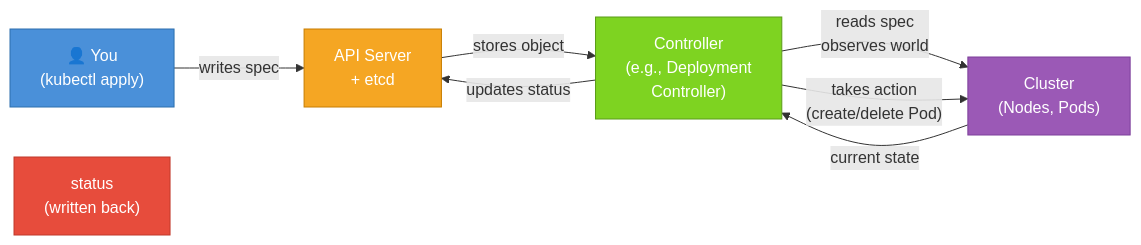
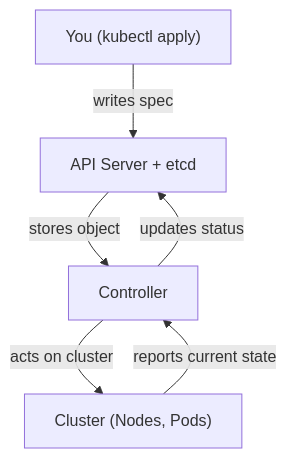
Before and after one commit to Antoine-Flo/kube-mastery: the diagram in src/courses/modules/yaml-and-objects/02-anatomy-of-a-manifest/en/content.md, drawn with Mermaid. The commit also changed other lines of this file and 38 other files, not shown here.

````diff
--- a/src/courses/modules/yaml-and-objects/02-anatomy-of-a-manifest/en/content.md
+++ b/src/courses/modules/yaml-and-objects/02-anatomy-of-a-manifest/en/content.md
@@ -72,21 +70,8 @@
 ```mermaid
-flowchart LR
-    You["👤 You\n(kubectl apply)"]
-    APIServer["API Server\n+ etcd"]
-    Controller["Controller\n(e.g., Deployment\nController)"]
-    Cluster["Cluster\n(Nodes, Pods)"]
-    Status["status\n(written back)"]
-
-    You -->|"writes spec"| APIServer
-    APIServer -->|"stores object"| Controller
-    Controller -->|"reads spec\nobserves world"| Cluster
-    Cluster -->|"current state"| Controller
-    Controller -->|"takes action\n(create/delete Pod)"| Cluster
+flowchart TB
+    You["You (kubectl apply)"] -->|"writes spec"| APIServer["API Server + etcd"]
+    APIServer -->|"stores object"| Controller["Controller"]
+    Controller -->|"acts on cluster"| Cluster["Cluster (Nodes, Pods)"]
+    Cluster -->|"reports current state"| Controller
     Controller -->|"updates status"| APIServer
-
-    style You fill:#4A90D9,color:#fff,stroke:#2c6fad
-    style APIServer fill:#F5A623,color:#fff,stroke:#c77d00
-    style Controller fill:#7ED321,color:#fff,stroke:#5a9c18
-    style Cluster fill:#9B59B6,color:#fff,stroke:#7d3f9a
-    style Status fill:#E74C3C,color:#fff,stroke:#c0392b
 ```
````
